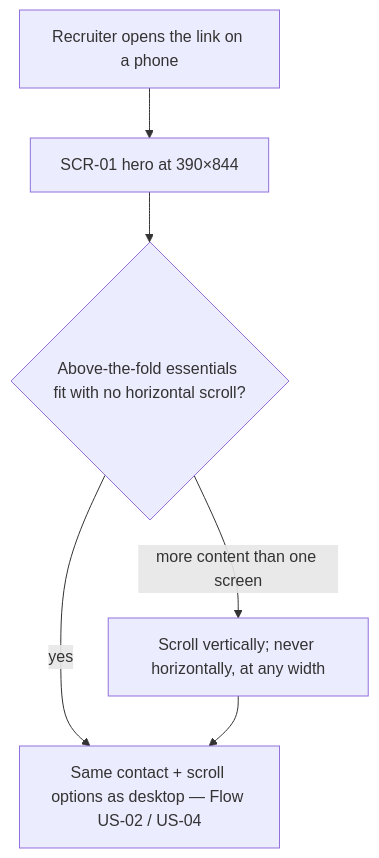
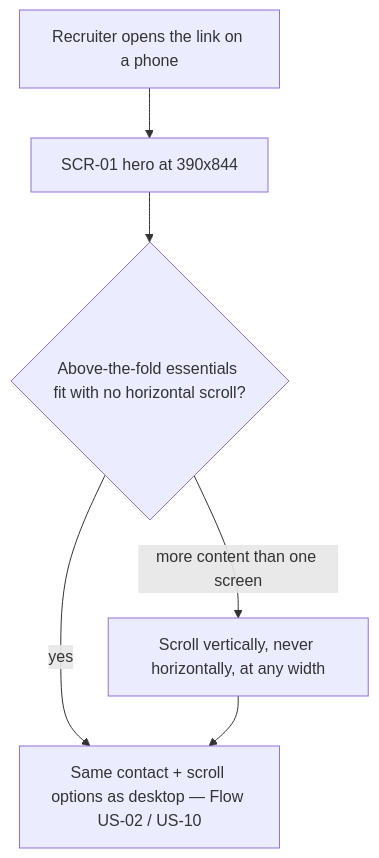
One commit to financeasist/personal-page changed the fourth of 5 diagrams in docs/features/personal-landing/ux-flows.md. Above: the diagram before and after it, drawn with Mermaid. The commit also changed other lines of this file and 2 other files, not shown here.

First line of the commit message:
ux-flows: personal-landing — re-sync to phone-out / About-in scope

````diff
--- a/docs/features/personal-landing/ux-flows.md
+++ b/docs/features/personal-landing/ux-flows.md
@@ -116,8 +111,8 @@
 ```mermaid
 flowchart TD
-    A["Recruiter opens the link on a phone"] --> B["SCR-01 hero at 390×844"]
+    A["Recruiter opens the link on a phone"] --> B["SCR-01 hero at 390x844"]
     B --> C{"Above-the-fold essentials fit with no horizontal scroll?"}
-    C -->|"yes"| D["Same contact + scroll options as desktop — Flow US-02 / US-04"]
-    C -->|"more content than one screen"| E["Scroll vertically; never horizontally, at any width"]
+    C -->|"yes"| D["Same contact + scroll options as desktop — Flow US-02 / US-10"]
+    C -->|"more content than one screen"| E["Scroll vertically, never horizontally, at any width"]
     E --> D
 ```
````
